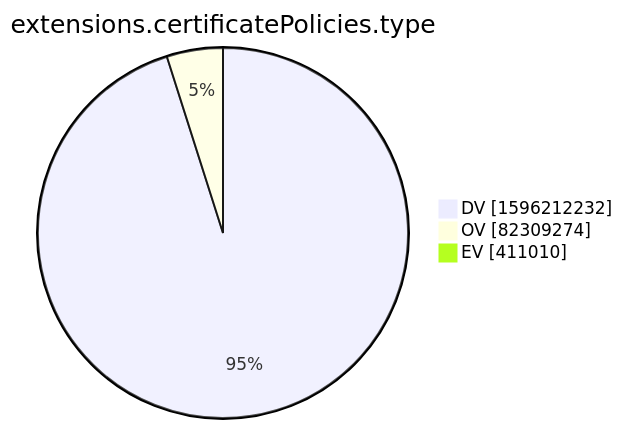
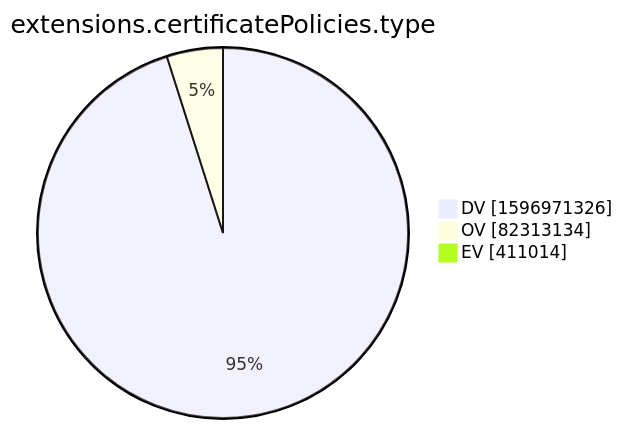
The tenth of 15 diagrams in xenon2022/README.md (christiankrug/ctmonitor_visualization), drawn with Mermaid before and after one commit. The commit also changed other lines of this file, not shown here.

````diff
--- a/xenon2022/README.md
+++ b/xenon2022/README.md
@@ -2878,7 +2878,7 @@
 ```mermaid
 pie showData
 title extensions.certificatePolicies.type
-"DV" :1596212232
-"OV" :82309274
-"EV" :411010
+"DV" :1596971326
+"OV" :82313134
+"EV" :411014
 ```
````
